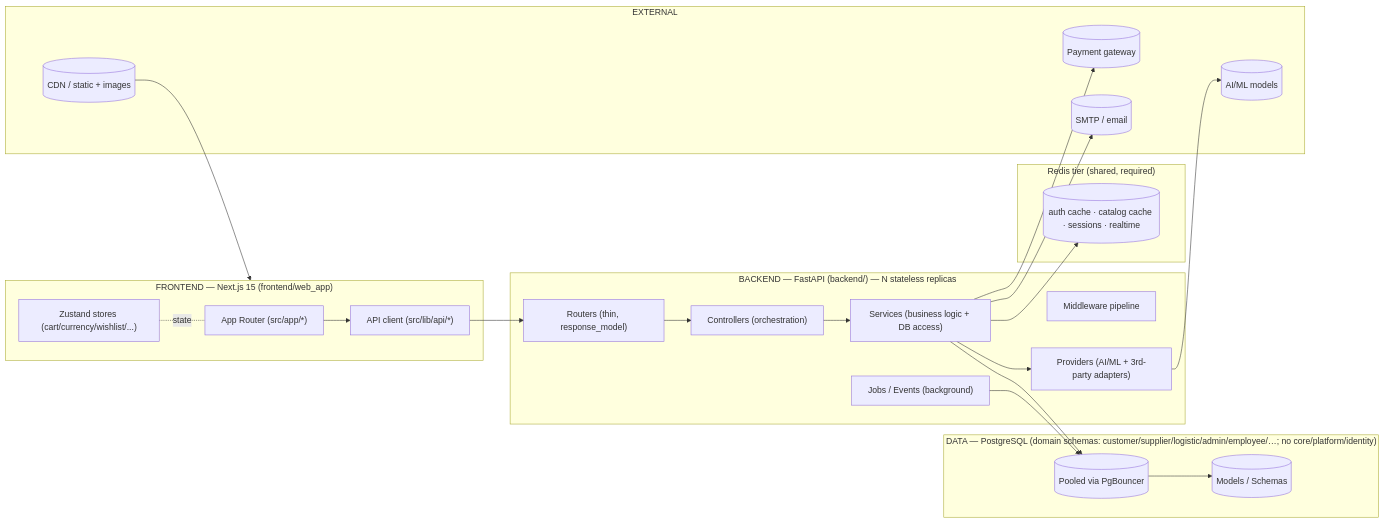
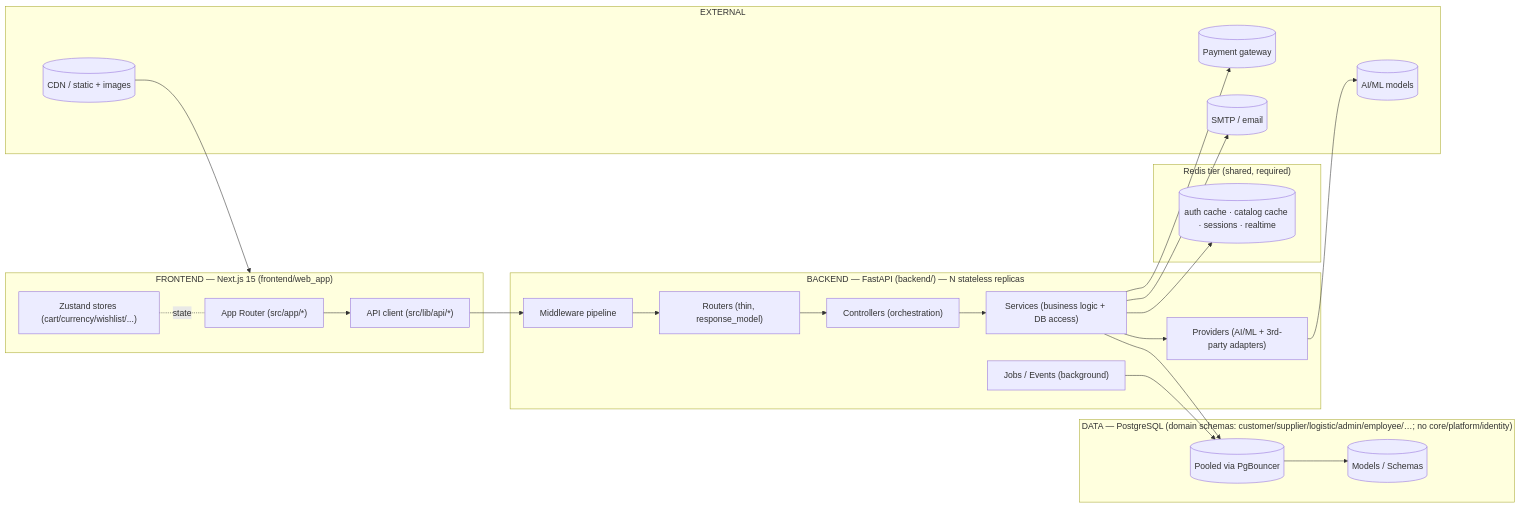
Before and after one commit to Makfuncky/zozi: the first of 7 diagrams in ARCHITECTURE_DIAGRAM.md, drawn with Mermaid. The commit also changed 1015 other files, not shown here.

````diff
--- a/ARCHITECTURE_DIAGRAM.md
+++ b/ARCHITECTURE_DIAGRAM.md
@@ -17,46 +17,46 @@
 ```mermaid
     flowchart LR
         subgraph FE["FRONTEND — Next.js 15 (frontend/web_app)"]
             FEA["App Router (src/app/*)"]
             FEL["API client (src/lib/api/*)"]
             FES["Zustand stores (cart/currency/wishlist/...)"]
         end
 
         subgraph BE["BACKEND — FastAPI (backend/) — N stateless replicas"]
             BEM["Middleware pipeline"]
             BER["Routers (thin, response_model)"]
             BEC["Controllers (orchestration)"]
             BES["Services (business logic + DB access)"]
             BEP["Providers (AI/ML + 3rd-party adapters)"]
             BEJ["Jobs / Events (background)"]
         end
 
         subgraph DB["DATA — PostgreSQL (domain schemas: customer/supplier/logistic/admin/employee/…; no core/platform/identity)"]
             DBE[("Pooled via PgBouncer")]
             DBM[("Models / Schemas")]
         end
 
         subgraph CACHE["Redis tier (shared, required)"]
             RED[(auth cache · catalog cache · sessions · realtime)]
         end
 
         subgraph EXT["EXTERNAL"]
             PG[(Payment gateway)]
             AI[("AI/ML models")]
             SMTP[("SMTP / email")]
             CDN[("CDN / static + images")]
         end
 
         CDN --> FE
-        FEA --> FEL --> BER
+        FEA --> FEL --> BEM --> BER
         FES -. state .- FEA
         BER --> BEC --> BES
         BES --> BEP
         BES --> DBE
         BES --> RED
         BEP --> AI
         BEJ --> DBE
         DBE --> DBM
         BES --> PG
         BES --> SMTP
 ```
````
